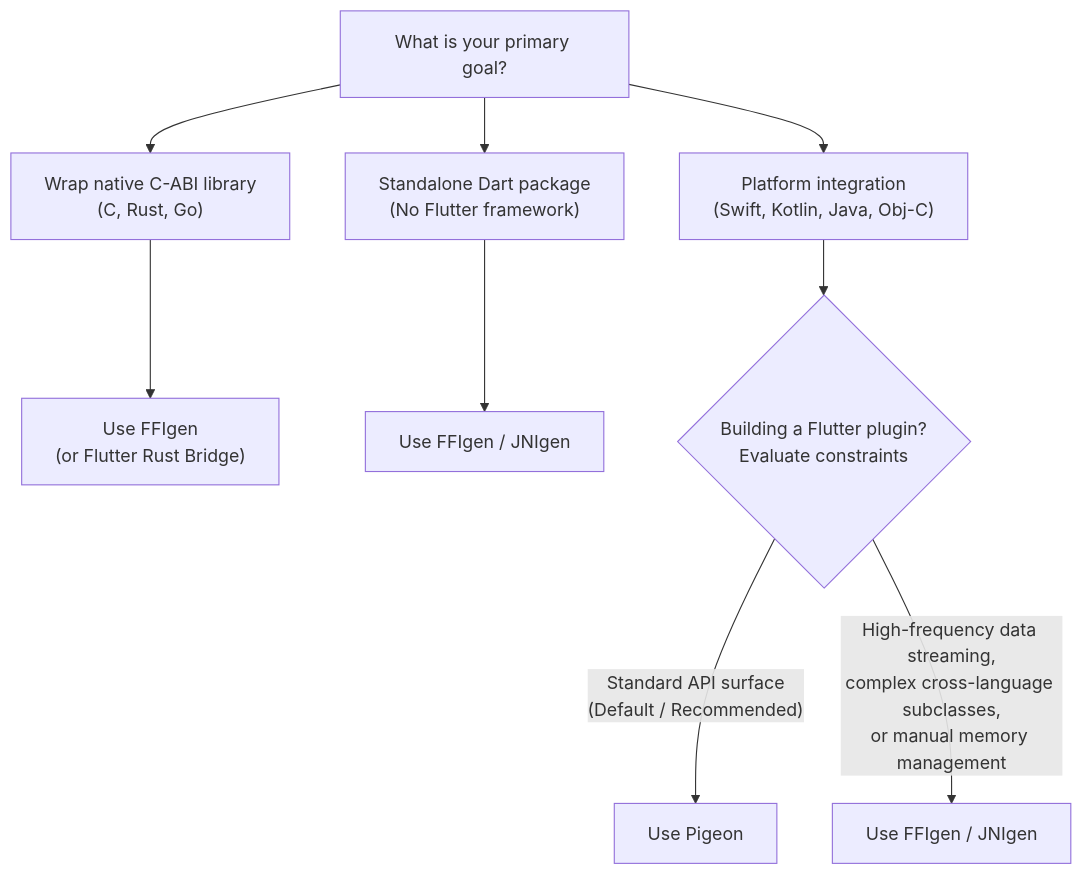
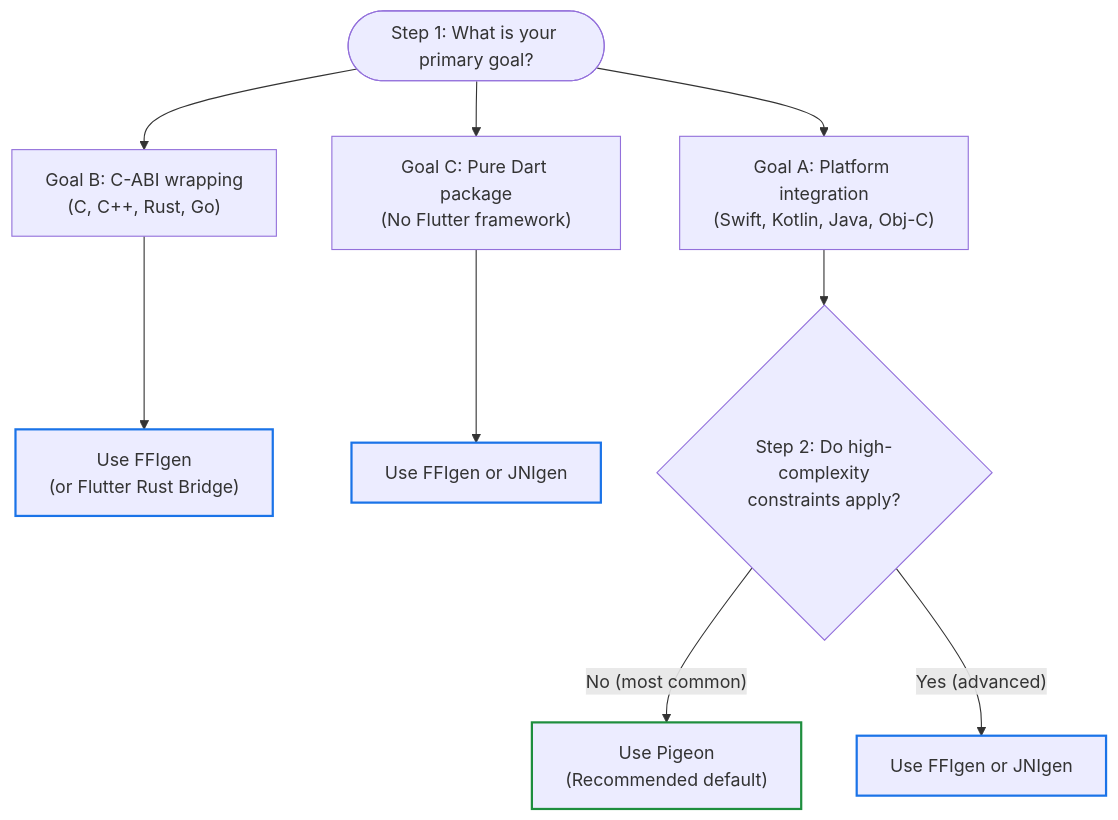
One commit to flutter/website changed the diagram in sites/docs/src/content/platform-integration/interop/index.md. Above: the diagram before and after it, drawn with Mermaid. The commit also changed other lines of this file and 6 other files, not shown here.

Commit message:
Address EAP feedback, naming, Mermaid overlap, and style polish across interop docs

````diff
--- a/sites/docs/src/content/platform-integration/interop/index.md
+++ b/sites/docs/src/content/platform-integration/interop/index.md
@@ -18,13 +18,16 @@
 ```mermaid
 flowchart TD
-    Start["What is your primary goal?"] --> GoalA["Platform integration<br>(Swift, Kotlin, Java, Obj-C)"]
-    Start --> GoalB["Wrap native C-ABI library<br>(C, Rust, Go)"]
-    Start --> GoalC["Standalone Dart package<br>(No Flutter framework)"]
+    Start(["Step 1: What is your primary goal?"]) --> GoalA["Goal A: Platform integration<br>(Swift, Kotlin, Java, Obj-C)"]
+    Start --> GoalB["Goal B: C-ABI wrapping<br>(C, C++, Rust, Go)"]
+    Start --> GoalC["Goal C: Pure Dart package<br>(No Flutter framework)"]
 
-    GoalB --> FFIgen["Use FFIgen<br>(or Flutter Rust Bridge)"]
-    GoalC --> Direct["Use FFIgen / JNIgen"]
+    GoalB --> FFIgen["Use FFIgen<br>(or Flutter Rust Bridge)"]:::directNode
+    GoalC --> Direct["Use FFIgen or JNIgen"]:::directNode
 
-    GoalA --> EvalPigeon{"Building a Flutter plugin?<br>Evaluate constraints"}
-    EvalPigeon -->|"Standard API surface<br>(Default / Recommended)"| Pigeon["Use Pigeon"]
-    EvalPigeon -->|"High-frequency data streaming,<br>complex cross-language subclasses,<br>or manual memory management"| DirectInterop["Use FFIgen / JNIgen"]
+    GoalA --> EvalPigeon{"Step 2: Do high-complexity<br>constraints apply?"}
+    EvalPigeon -->|"No (most common)"| Pigeon["Use Pigeon<br>(Recommended default)"]:::recommendedNode
+    EvalPigeon -->|"Yes (advanced)"| DirectInterop["Use FFIgen or JNIgen"]:::directNode
+
+    classDef recommendedNode stroke:#1e8e3e,stroke-width:2px;
+    classDef directNode stroke:#1a73e8,stroke-width:2px;
 ```
````
